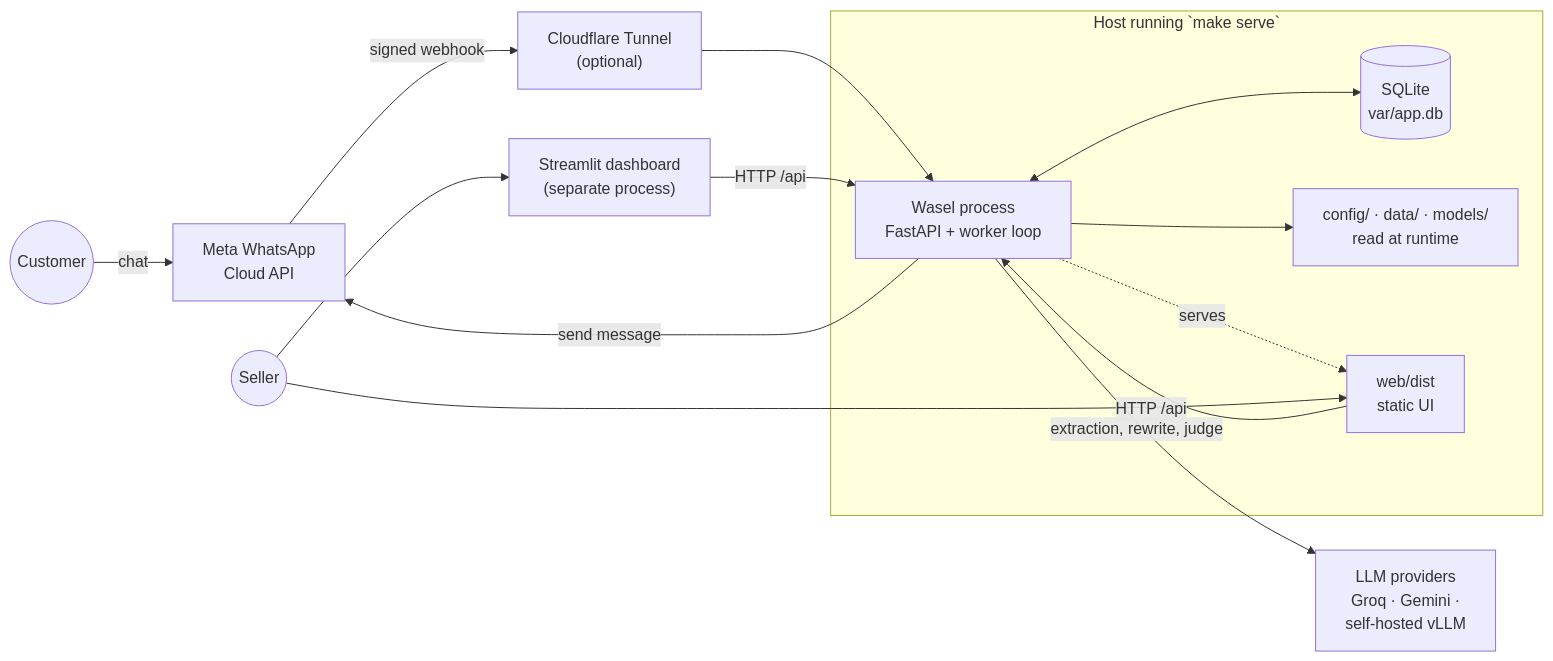
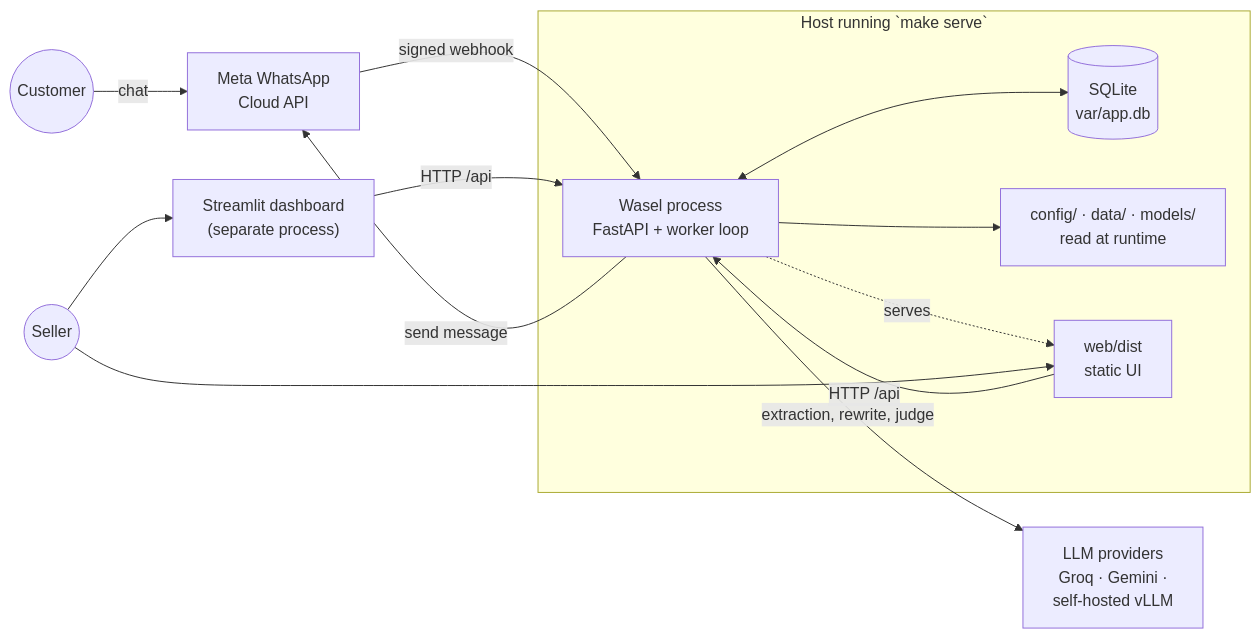
One commit to omarbounawarapy/wasel changed the first of 2 diagrams in docs/architecture/overview.md. Above: the diagram before and after it, drawn with Mermaid. The commit also changed other lines of this file and 40 other files, not shown here.

````diff
--- a/docs/architecture/overview.md
+++ b/docs/architecture/overview.md
@@ -7,27 +7,26 @@
 ```mermaid
 flowchart LR
     CUST(("Customer"))
     SELLER(("Seller"))
     META["Meta WhatsApp<br/>Cloud API"]
     LLMS["LLM providers<br/>Groq · Gemini ·<br/>self-hosted vLLM"]
-    CF["Cloudflare Tunnel<br/>(optional)"]
 
     subgraph HOST["Host running `make serve`"]
         APP["Wasel process<br/>FastAPI + worker loop"]
         DB[("SQLite<br/>var/app.db")]
         FILES["config/ · data/ · models/<br/>read at runtime"]
         WEB["web/dist<br/>static UI"]
     end
     DASH["Streamlit dashboard<br/>(separate process)"]
 
     CUST -- "chat" --> META
-    META -- "signed webhook" --> CF --> APP
+    META -- "signed webhook" --> APP
     APP -- "send message" --> META
     APP <--> DB
     APP --> FILES
     APP -- "extraction, rewrite, judge" --> LLMS
     APP -. serves .-> WEB
     SELLER --> WEB
     SELLER --> DASH -- "HTTP /api" --> APP
     WEB -- "HTTP /api" --> APP
 ```
````
